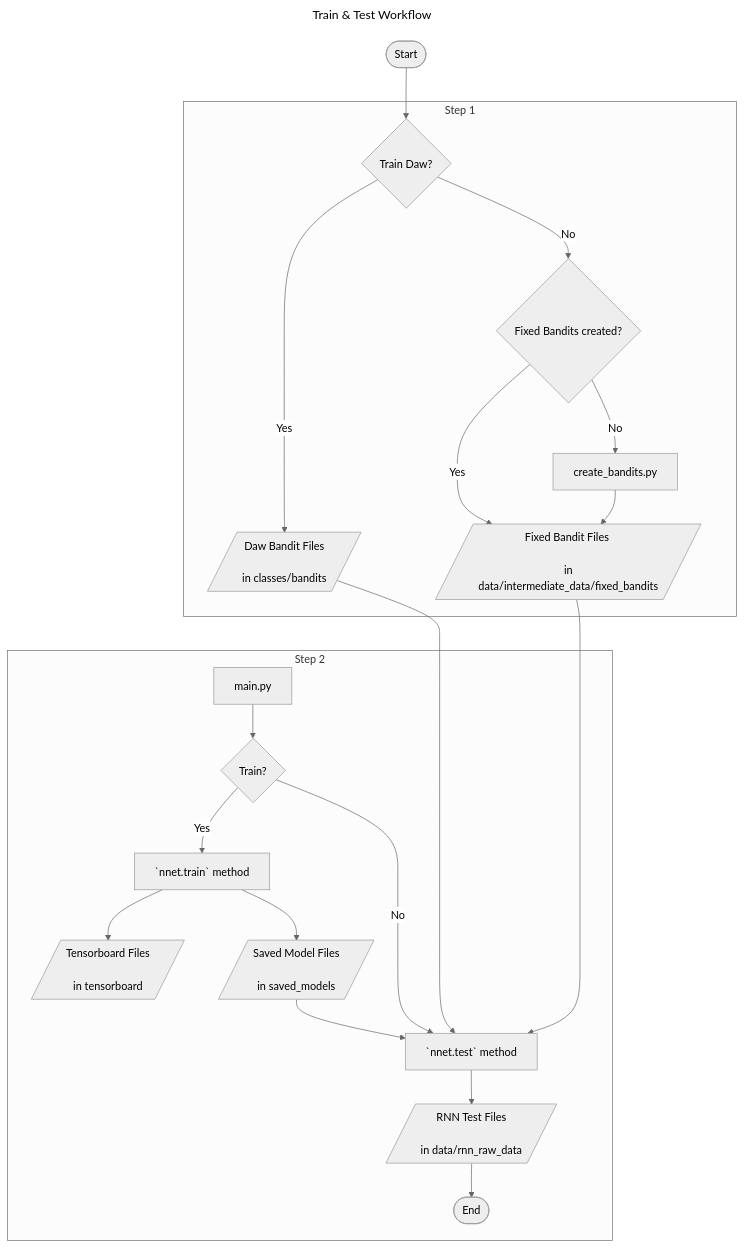
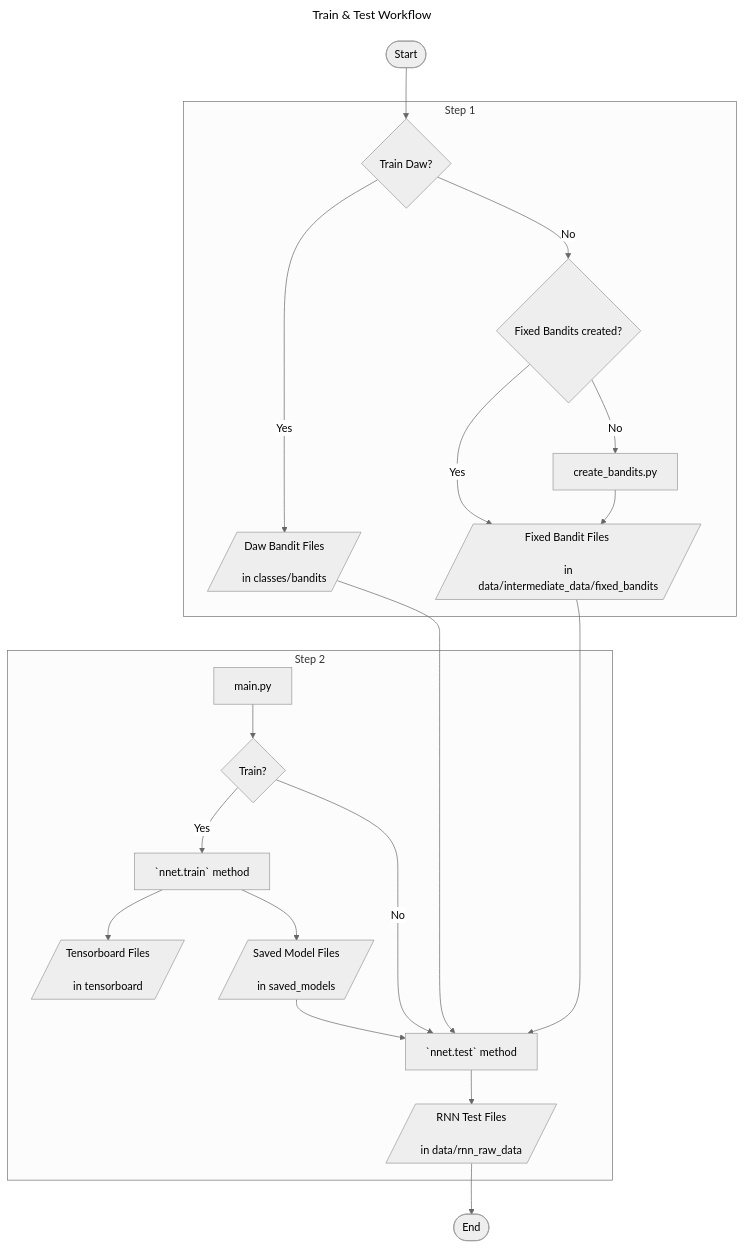
Before and after one commit to deniztu/p2_volatility: the second of 3 diagrams in doc/how_to_guides.md, drawn with Mermaid (neutral theme). The commit also changed other lines of this file, not shown here.

````diff
--- a/doc/how_to_guides.md
+++ b/doc/how_to_guides.md
@@ -16,34 +16,35 @@
 ```mermaid
 ---
 title: Train & Test Workflow
 ---
 flowchart TB
 
 A([Start]) --> B
 
 subgraph "Step 1"
 B{Train Daw?} --> |Yes| C[/Daw Bandit Files <br/> <br/> in classes/bandits/]
 B --> |No| D{Fixed Bandits created?}
 D --> |Yes| E[/Fixed Bandit Files <br/> <br/> in data/intermediate_data/fixed_bandits/]
 D --> |No| F[create_bandits.py]
 F --> E
 end
 
 
 
 subgraph "Step 2"
 C ~~~ G[main.py]
 E ~~~ G
 G --> H{Train?}
 H --> |Yes| I[`nnet.train` method]
 I --> J[/Tensorboard Files <br/> <br/> in tensorboard /]
 I --> K[/Saved Model Files <br/> <br/> in saved_models /]
 H --> |No| L[`nnet.test` method]
 K --> L
 C --> L
 E --> L 
 L --> M[/RNN Test Files  <br/> <br/> in data/rnn_raw_data /]
-M --> O([End])
 end
 
+M --> O([End])
+
 ```
````
